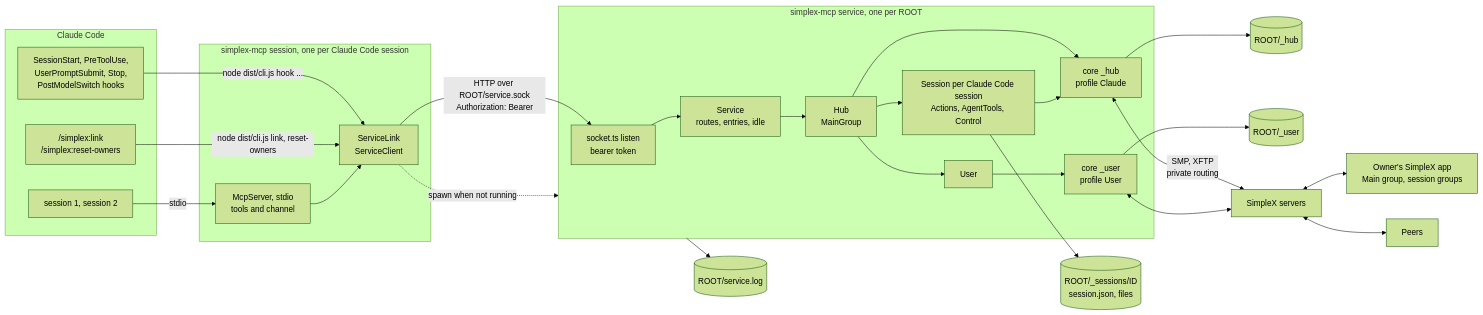
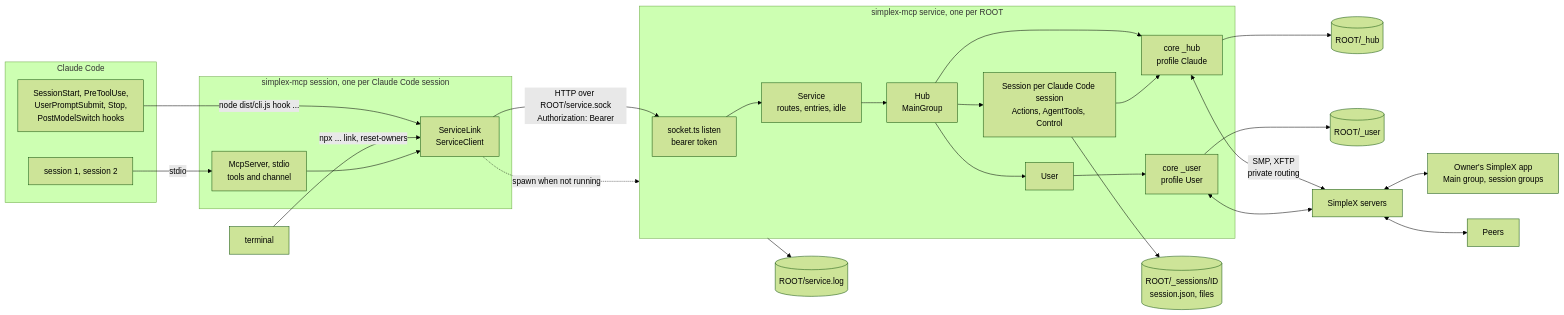
Before and after one commit to simplex-chat/simplex-chat: the third of 5 diagrams in packages/simplex-chat-mcp/spec/architecture.md, drawn with Mermaid (forest theme). The commit also changed other lines of this file and 13 other files, not shown here.

Commit message:
mcp: remove the plugin's link and reset-owners skills

````diff
--- a/packages/simplex-chat-mcp/spec/architecture.md
+++ b/packages/simplex-chat-mcp/spec/architecture.md
@@ -713,41 +713,40 @@
 ```mermaid
 flowchart LR
   subgraph cc["Claude Code"]
     ses["session 1, session 2"]
     hk["SessionStart, PreToolUse,<br/>UserPromptSubmit, Stop,<br/>PostModelSwitch hooks"]
-    sk["/simplex:link<br/>/simplex:reset-owners"]
   end
   subgraph ps["simplex-mcp session, one per Claude Code session"]
     mcp["McpServer, stdio<br/>tools and channel"]
     link["ServiceLink<br/>ServiceClient"]
   end
   subgraph pd["simplex-mcp service, one per ROOT"]
     sock["socket.ts listen<br/>bearer token"]
     dm["Service<br/>routes, entries, idle"]
     hub["Hub<br/>MainGroup"]
     sess["Session per Claude Code session<br/>Actions, AgentTools, Control"]
     user["User"]
     hcore["core _hub<br/>profile Claude"]
     ucore["core _user<br/>profile User"]
   end
   ses -->|stdio| mcp
   hk -->|"node dist/cli.js hook ..."| link
-  sk -->|"node dist/cli.js link, reset-owners"| link
+  term["terminal"] -->|"npx ... link, reset-owners"| link
   mcp --> link
   link -->|"HTTP over ROOT/service.sock<br/>Authorization: Bearer"| sock
   link -.->|"spawn when not running"| pd
   sock --> dm --> hub
   hub --> sess
   hub --> user
   hub --> hcore
   sess --> hcore
   user --> ucore
   hcore --> hdb[("ROOT/_hub")]
   ucore --> udb[("ROOT/_user")]
   sess --> sdb[("ROOT/_sessions/ID<br/>session.json, files")]
   hcore <-->|"SMP, XFTP<br/>private routing"| net["SimpleX servers"]
   ucore <--> net
   net <--> owner["Owner's SimpleX app<br/>Main group, session groups"]
   net <--> peers["Peers"]
   pd --> logf[("ROOT/service.log")]
 ```
````
